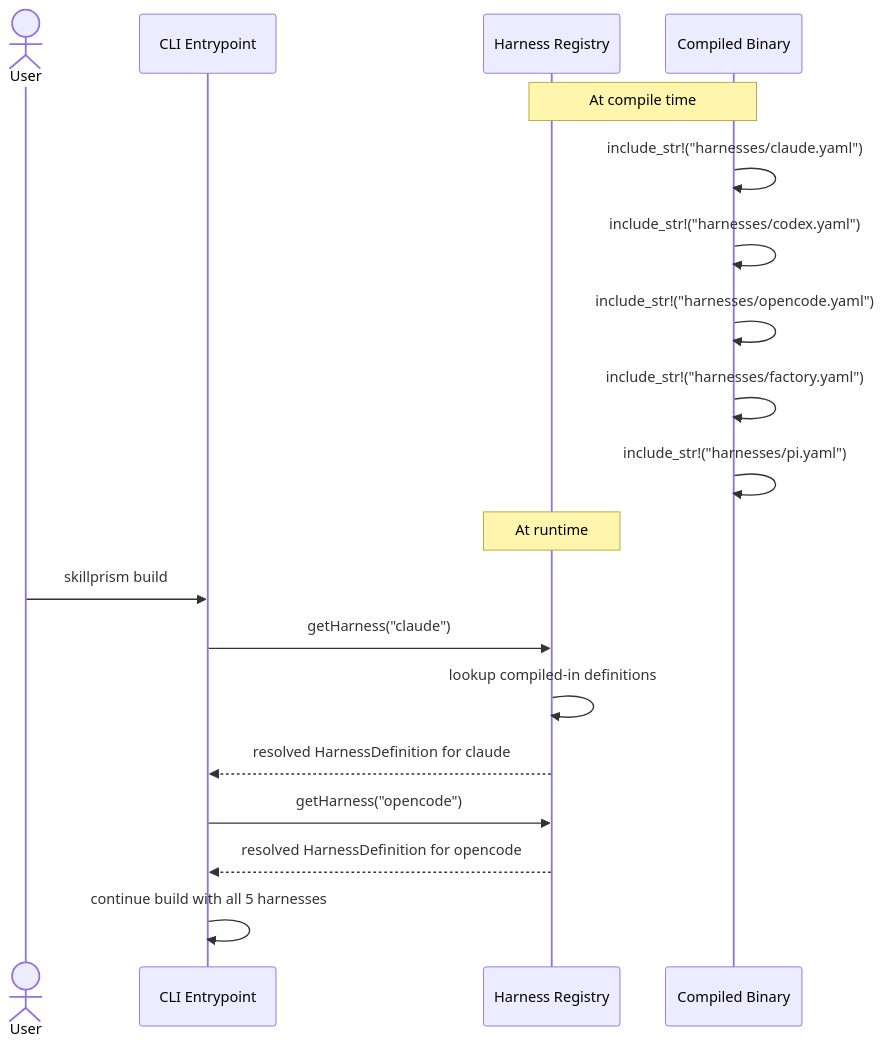
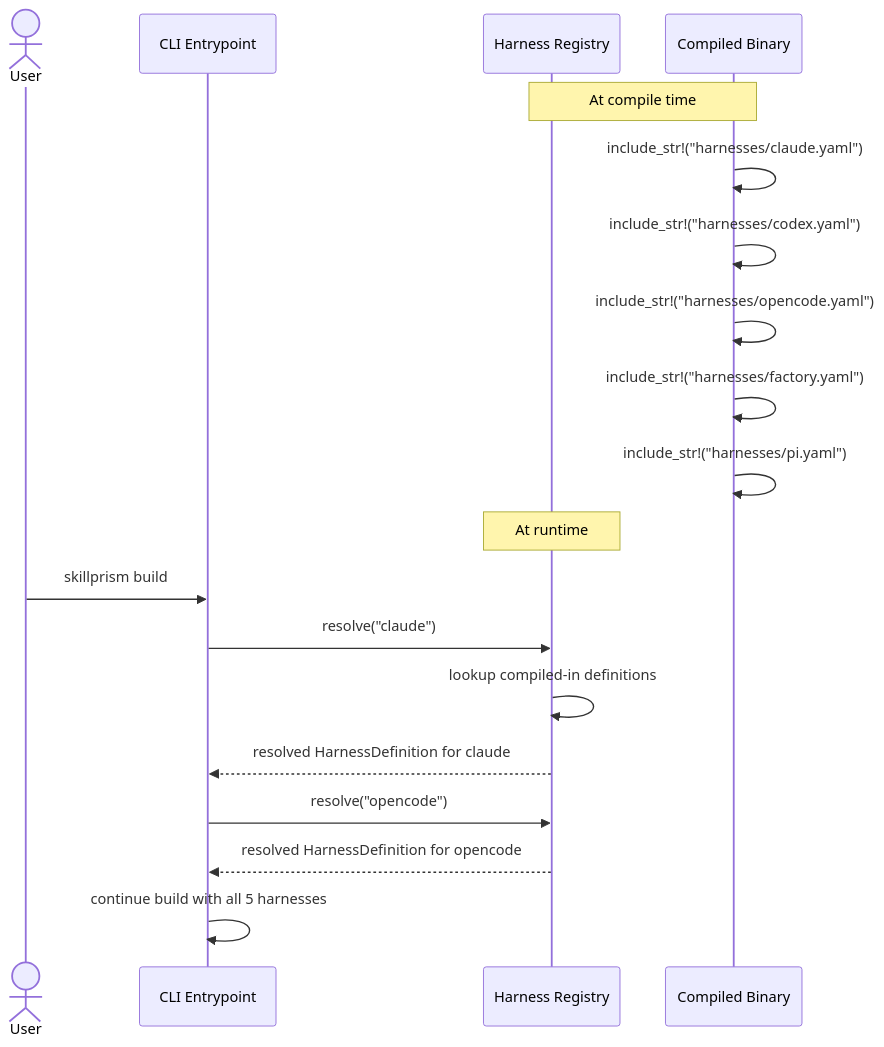
One commit to Tuvren/skillprism changed the diagram in .constitution/architecture/flows/flow-builtin-harness.md. Above: the diagram before and after it, drawn with Mermaid. The commit also changed other lines of this file and 40 other files, not shown here.

````diff
--- a/.constitution/architecture/flows/flow-builtin-harness.md
+++ b/.constitution/architecture/flows/flow-builtin-harness.md
@@ -9,25 +9,25 @@
 ```mermaid
 sequenceDiagram
   actor User
   participant CLI as CLI Entrypoint
   participant Registry as Harness Registry
   participant Binary as Compiled Binary
 
   Note over Binary,Registry: At compile time
   Binary->>Binary: include_str!("harnesses/claude.yaml")
   Binary->>Binary: include_str!("harnesses/codex.yaml")
   Binary->>Binary: include_str!("harnesses/opencode.yaml")
   Binary->>Binary: include_str!("harnesses/factory.yaml")
   Binary->>Binary: include_str!("harnesses/pi.yaml")
 
   Note over Registry: At runtime
   User->>CLI: skillprism build
-  CLI->>Registry: getHarness("claude")
+  CLI->>Registry: resolve("claude")
   Registry->>Registry: lookup compiled-in definitions
   Registry-->>CLI: resolved HarnessDefinition for claude
 
-  CLI->>Registry: getHarness("opencode")
+  CLI->>Registry: resolve("opencode")
   Registry-->>CLI: resolved HarnessDefinition for opencode
 
   CLI->>CLI: continue build with all 5 harnesses
 ```
````
